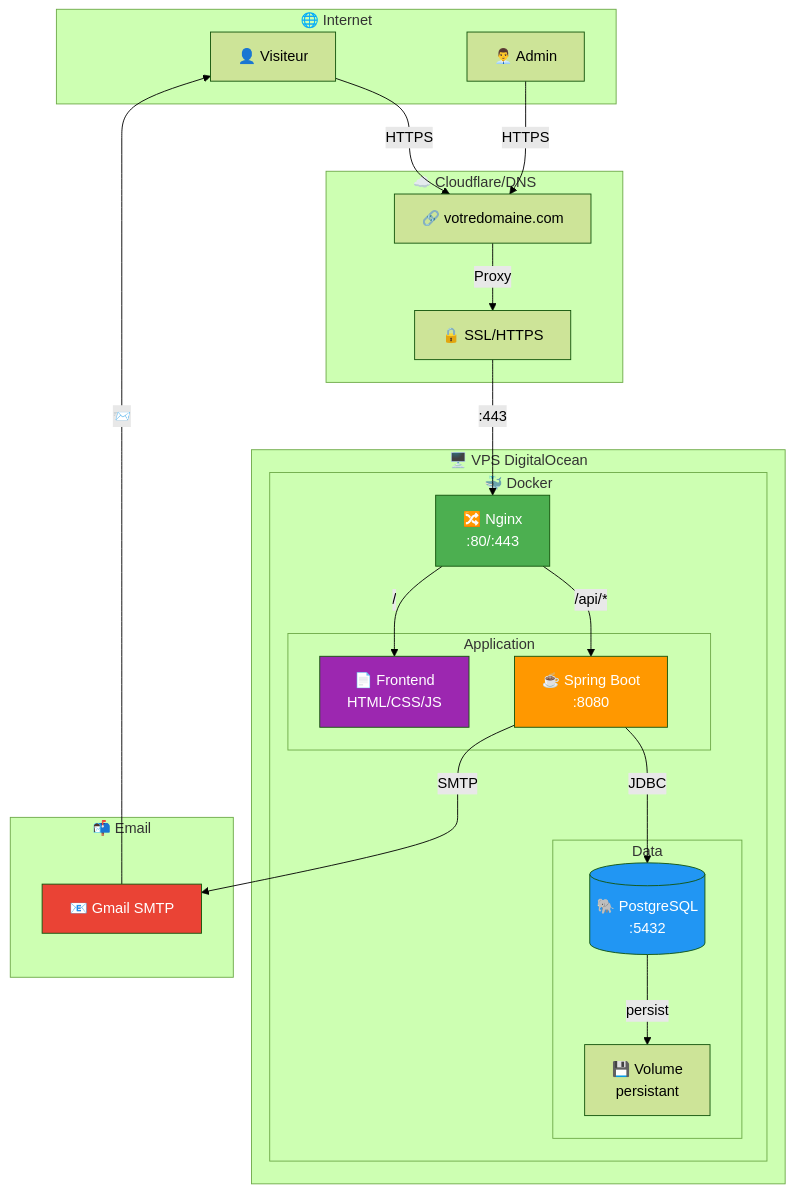
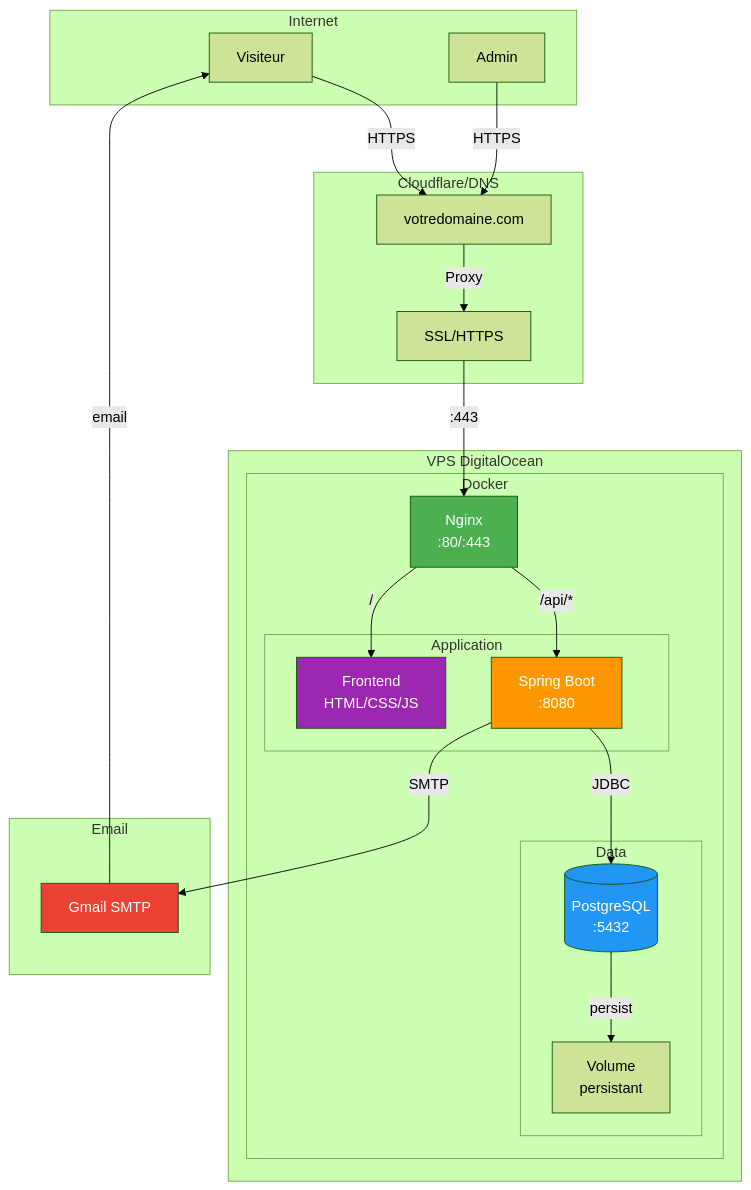
Before and after one commit to hrhouma1/inskillflow-docs-formation-spring-boot-projet-e-contact-backend: the ninth of 9 diagrams in troubleshooting/20-deploiement-final-et-architecture-mermaid.md, drawn with Mermaid (forest theme). The commit also changed other lines of this file, not shown here.

````diff
--- a/troubleshooting/20-deploiement-final-et-architecture-mermaid.md
+++ b/troubleshooting/20-deploiement-final-et-architecture-mermaid.md
@@ -558,48 +558,48 @@
 ```mermaid
 graph TB
-    subgraph "🌐 Internet"
-        U1[👤 Visiteur]
-        U2[👨‍💼 Admin]
+    subgraph "Internet"
+        U1[Visiteur]
+        U2[Admin]
     end
 
-    subgraph "☁️ Cloudflare/DNS"
-        DNS[🔗 votredomaine.com]
-        SSL[🔒 SSL/HTTPS]
+    subgraph "Cloudflare/DNS"
+        DNS[votredomaine.com]
+        SSL[SSL/HTTPS]
     end
 
-    subgraph "🖥️ VPS DigitalOcean"
-        subgraph "🐳 Docker"
-            NG[🔀 Nginx<br/>:80/:443]
+    subgraph "VPS DigitalOcean"
+        subgraph "Docker"
+            NG[Nginx<br/>:80/:443]
             
             subgraph "Application"
-                FE[📄 Frontend<br/>HTML/CSS/JS]
-                API[☕ Spring Boot<br/>:8080]
+                FE[Frontend<br/>HTML/CSS/JS]
+                API[Spring Boot<br/>:8080]
             end
             
             subgraph "Data"
-                DB[(🐘 PostgreSQL<br/>:5432)]
-                VOL[💾 Volume<br/>persistant]
+                DB[(PostgreSQL<br/>:5432)]
+                VOL[Volume<br/>persistant]
             end
         end
     end
 
-    subgraph "📬 Email"
-        GMAIL[📧 Gmail SMTP]
+    subgraph "Email"
+        GMAIL[Gmail SMTP]
     end
 
     U1 & U2 -->|HTTPS| DNS
     DNS -->|Proxy| SSL
     SSL -->|:443| NG
     NG -->|/| FE
     NG -->|/api/*| API
     API -->|JDBC| DB
     DB -->|persist| VOL
     API -->|SMTP| GMAIL
-    GMAIL -->|📨| U1
+    GMAIL -->|email| U1
 
     style NG fill:#4CAF50,color:#fff
     style API fill:#FF9800,color:#fff
     style DB fill:#2196F3,color:#fff
     style FE fill:#9C27B0,color:#fff
     style GMAIL fill:#EA4335,color:#fff
 ```
````
